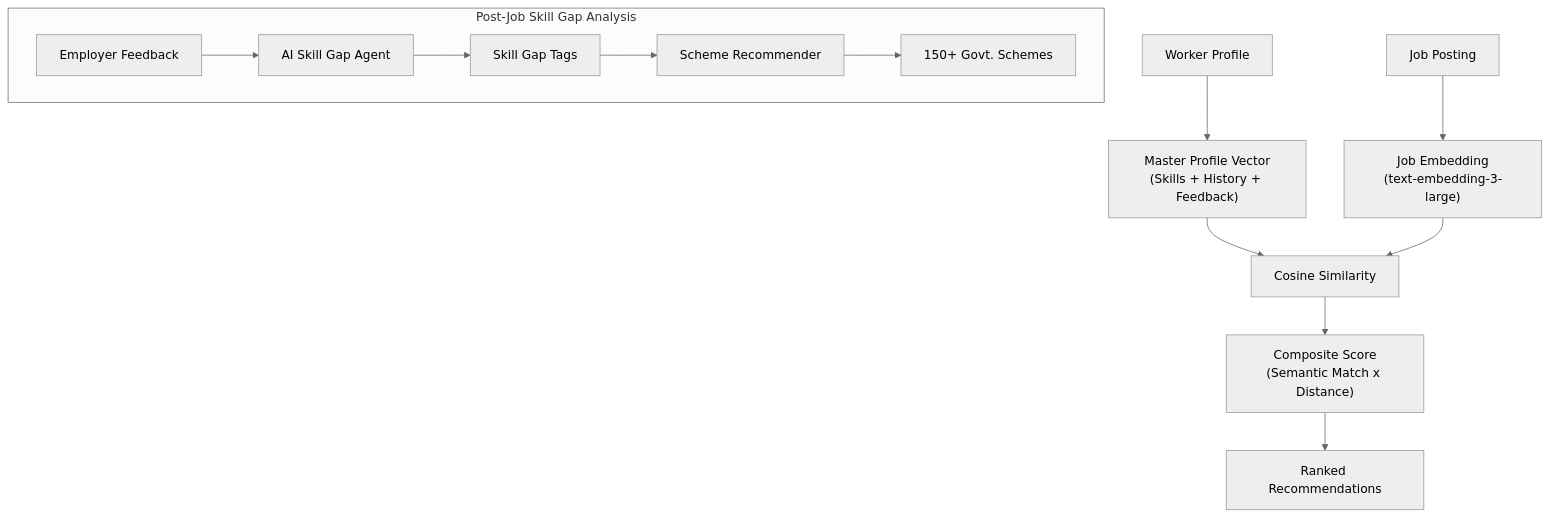
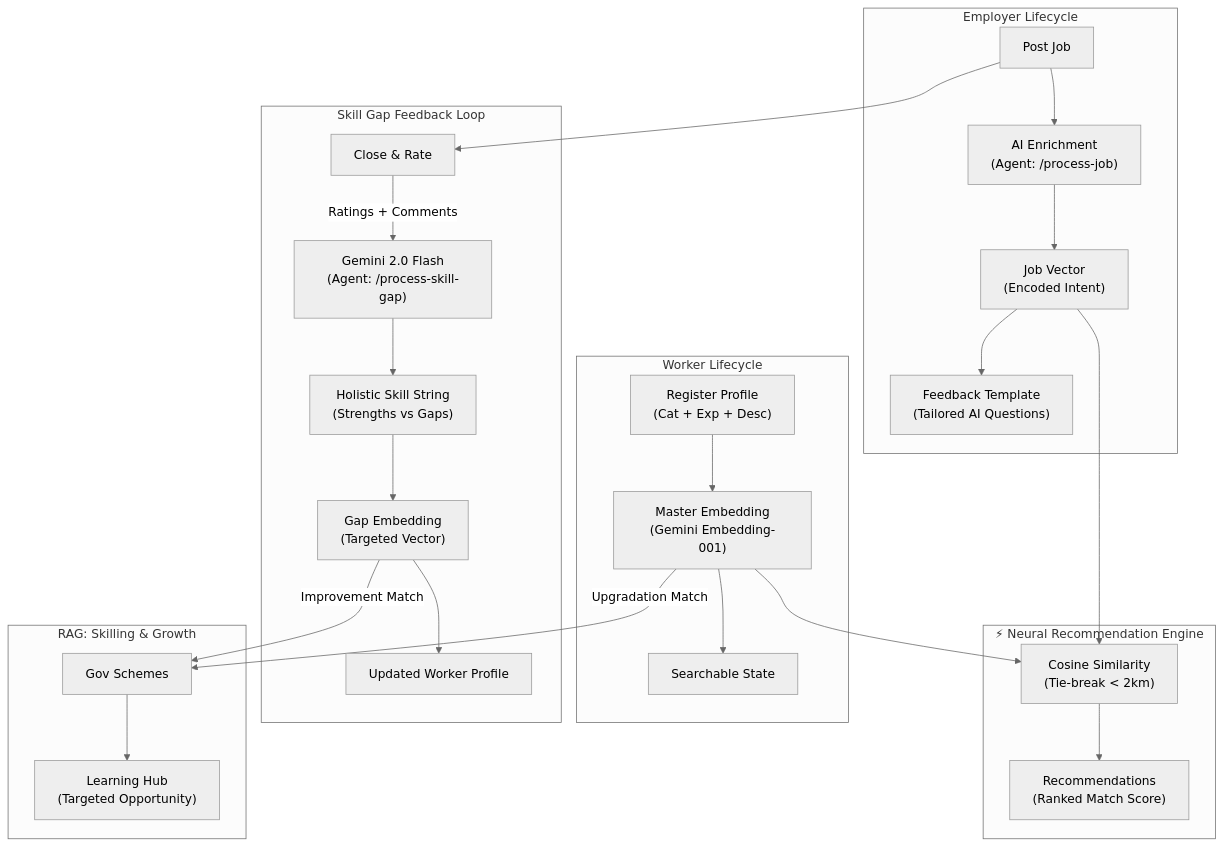
The fifth of 9 diagrams in README.md (Aryan0628/UrbanFlow), drawn with Mermaid (neutral theme) before and after one commit. The commit also changed other lines of this file, not shown here.

````diff
--- a/README.md
+++ b/README.md
@@ -309,16 +401,33 @@
 ```mermaid
 graph TD
-    WP["Worker Profile"] --> WE["Master Profile Vector<br/>(Skills + History + Feedback)"]
-    JP["Job Posting"] --> JE["Job Embedding<br/>(text-embedding-3-large)"]
-    WE --> CS["Cosine Similarity"]
-    JE --> CS
-    CS --> RANK["Composite Score<br/>(Semantic Match x Distance)"]
-    RANK --> REC["Ranked Recommendations"]
+    subgraph WORKER[" Worker Lifecycle"]
+        W1[" Register Profile\n(Cat + Exp + Desc)"] --> W2[" Master Embedding\n(Gemini Embedding-001)"]
+        W2 --> W3[" Searchable State"]
+    end
 
-    subgraph SKILL_GAP["Post-Job Skill Gap Analysis"]
-        FB["Employer Feedback"] --> SGA["AI Skill Gap Agent"]
-        SGA --> GAPS["Skill Gap Tags"]
-        GAPS --> SCHEME["Scheme Recommender"]
-        SCHEME --> GOV["150+ Govt. Schemes"]
+    subgraph JOB[" Employer Lifecycle"]
+        J1[" Post Job"] --> J2[" AI Enrichment\n(Agent: /process-job)"]
+        J2 --> J3[" Job Vector\n(Encoded Intent)"]
+        J3 --> J4[" Feedback Template\n(Tailored AI Questions)"]
     end
+
+    subgraph MATCH["⚡ Neural Recommendation Engine"]
+        W2 & J3 --> M1[" Cosine Similarity\n(Tie-break < 2km)"]
+        M1 --> M2[" Recommendations\n(Ranked Match Score)"]
+    end
+
+    subgraph GAP[" Skill Gap Feedback Loop"]
+        J1 --> CL[" Close & Rate"]
+        CL -->|"Ratings + Comments"| G1[" Gemini 2.0 Flash\n(Agent: /process-skill-gap)"]
+        G1 --> G2["Holistic Skill String\n(Strengths vs Gaps)"]
+        G2 --> G3[" Gap Embedding\n(Targeted Vector)"]
+        G3 --> W_PROFILE[" Updated Worker Profile"]
+    end
+
+    subgraph RAG[" RAG: Skilling & Growth"]
+        W2 -->|"Upgradation Match"| R1[" Gov Schemes"]
+        G3 -->|"Improvement Match"| R1
+        R1 --> R2[" Learning Hub\n(Targeted Opportunity)"]
+    end
+
 ```
````
